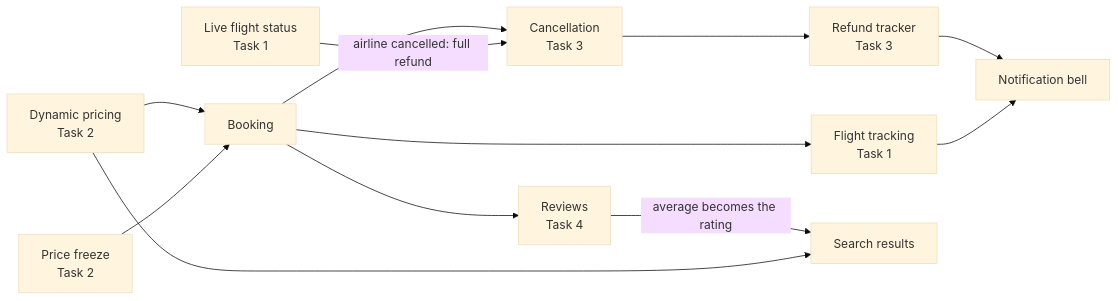
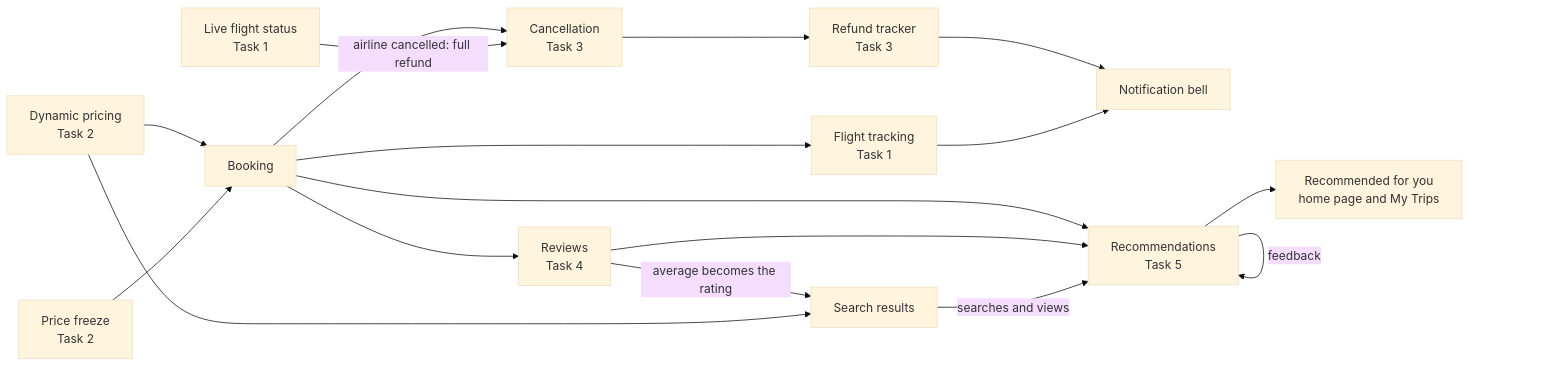
The third of 3 diagrams in docs/ARCHITECTURE.md (PawanBhandari03/MakeMyTrip), drawn with Mermaid (base theme) before and after one commit. The commit also changed other lines of this file and 6 other files, not shown here.

First line of the commit message:
Task 5: Document the recommendations feature

````diff
--- a/docs/ARCHITECTURE.md
+++ b/docs/ARCHITECTURE.md
@@ -87,14 +88,19 @@
 ```mermaid
 flowchart LR
     B["Booking"] --> T["Flight tracking<br/>Task 1"]
     PR["Dynamic pricing<br/>Task 2"] --> B
     FZ["Price freeze<br/>Task 2"] --> B
     B --> CN["Cancellation<br/>Task 3"]
     FS["Live flight status<br/>Task 1"] -->|airline cancelled: full refund| CN
     CN --> RF["Refund tracker<br/>Task 3"]
     RF --> NT["Notification bell"]
     T --> NT
     B --> RV["Reviews<br/>Task 4"]
     RV -->|average becomes the rating| SR["Search results"]
     PR --> SR
+    B --> RC["Recommendations<br/>Task 5"]
+    RV --> RC
+    SR -->|searches and views| RC
+    RC -->|feedback| RC
+    RC --> HP["Recommended for you<br/>home page and My Trips"]
 ```
````
